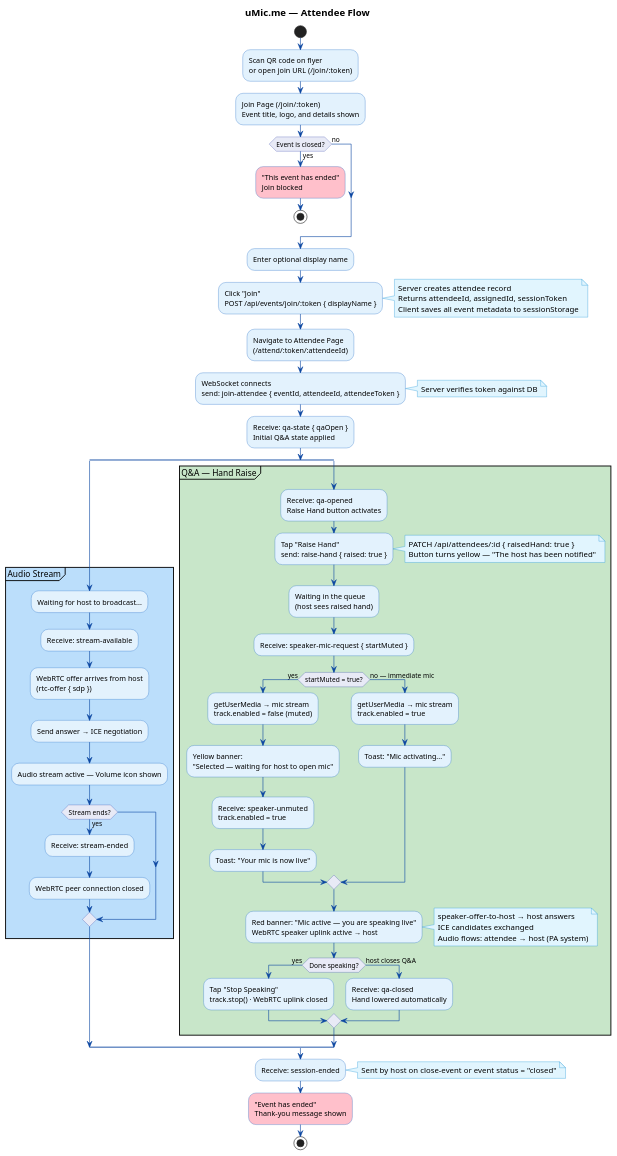
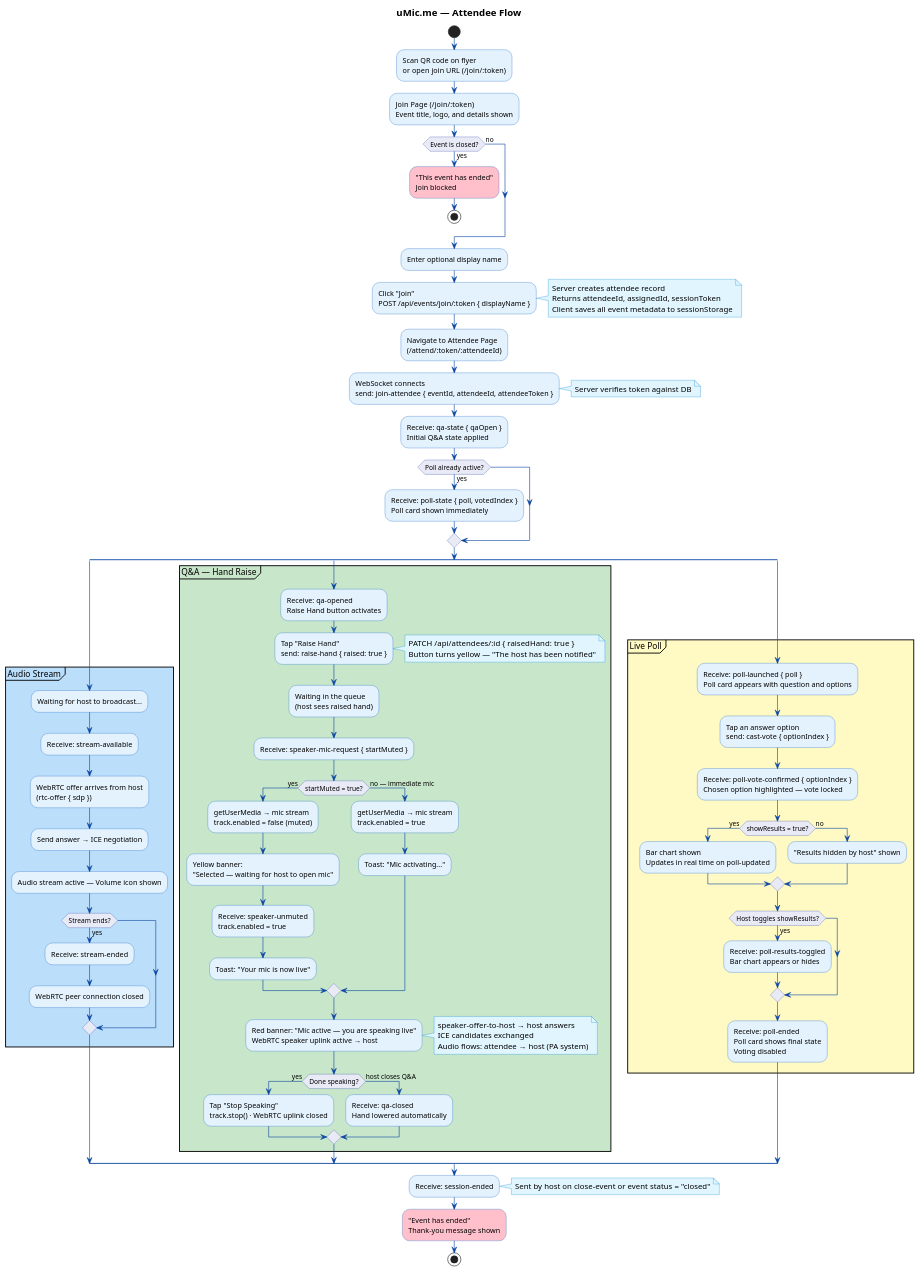
The diagram in doc/attendee-flow.puml (sasconsul/uMic_me), drawn with PlantUML before and after one commit. The commit also changed 7 other files, not shown here.

```diff
--- a/doc/attendee-flow.puml
+++ b/doc/attendee-flow.puml
@@ -1,104 +1,128 @@
 @startuml attendee-flow
 title uMic.me — Attendee Flow
 
 skinparam activity {
   BackgroundColor #E3F2FD
   BorderColor #1565C0
   DiamondBackgroundColor #E8EAF6
   DiamondBorderColor #3949AB
   ArrowColor #0D47A1
   FontName Helvetica
 }
 skinparam note {
   BackgroundColor #E1F5FE
   BorderColor #0288D1
 }
 skinparam TitleFontSize 16
 
 start
 
 :Scan QR code on flyer\nor open join URL  (/join/:token);
 
 :Join Page  (/join/:token)\nEvent title, logo, and details shown;
 
 if (Event is closed?) then (yes)
   #Pink:"This event has ended"\nJoin blocked;
   stop
 else (no)
 endif
 
 :Enter optional display name;
 
 :Click "Join"\nPOST /api/events/join/:token { displayName };
 note right
   Server creates attendee record
   Returns attendeeId, assignedId, sessionToken
   Client saves all event metadata to sessionStorage
 end note
 
 :Navigate to Attendee Page\n(/attend/:token/:attendeeId);
 
 :WebSocket connects\nsend: join-attendee { eventId, attendeeId, attendeeToken };
 note right: Server verifies token against DB
 
 :Receive: qa-state { qaOpen }\nInitial Q&A state applied;
+
+if (Poll already active?) then (yes)
+  :Receive: poll-state { poll, votedIndex }\nPoll card shown immediately;
+endif
 
 split
   partition "Audio Stream" #BBDEFB {
     :Waiting for host to broadcast...;
     :Receive: stream-available;
     :WebRTC offer arrives from host\n(rtc-offer { sdp });
     :Send answer → ICE negotiation;
     :Audio stream active — Volume icon shown;
 
     if (Stream ends?) then (yes)
       :Receive: stream-ended;
       :WebRTC peer connection closed;
     endif
   }
 split again
   partition "Q&A — Hand Raise" #C8E6C9 {
     :Receive: qa-opened\nRaise Hand button activates;
 
     :Tap "Raise Hand"\nsend: raise-hand { raised: true };
     note right
       PATCH /api/attendees/:id { raisedHand: true }
       Button turns yellow — "The host has been notified"
     end note
 
     :Waiting in the queue\n(host sees raised hand);
 
     :Receive: speaker-mic-request { startMuted };
 
     if (startMuted = true?) then (yes)
       :getUserMedia → mic stream\ntrack.enabled = false (muted);
       :Yellow banner:\n"Selected — waiting for host to open mic";
       :Receive: speaker-unmuted\ntrack.enabled = true;
       :Toast: "Your mic is now live";
     else (no — immediate mic)
       :getUserMedia → mic stream\ntrack.enabled = true;
       :Toast: "Mic activating...";
     endif
 
     :Red banner: "Mic active — you are speaking live"\nWebRTC speaker uplink active → host;
     note right
       speaker-offer-to-host → host answers
       ICE candidates exchanged
       Audio flows: attendee → host (PA system)
     end note
 
     if (Done speaking?) then (yes)
       :Tap "Stop Speaking"\ntrack.stop() · WebRTC uplink closed;
     else (host closes Q&A)
       :Receive: qa-closed\nHand lowered automatically;
     endif
   }
+split again
+  partition "Live Poll" #FFF9C4 {
+    :Receive: poll-launched { poll }\nPoll card appears with question and options;
+
+    :Tap an answer option\nsend: cast-vote { optionIndex };
+
+    :Receive: poll-vote-confirmed { optionIndex }\nChosen option highlighted — vote locked;
+
+    if (showResults = true?) then (yes)
+      :Bar chart shown\nUpdates in real time on poll-updated;
+    else (no)
+      :"Results hidden by host" shown;
+    endif
+
+    if (Host toggles showResults?) then (yes)
+      :Receive: poll-results-toggled\nBar chart appears or hides;
+    endif
+
+    :Receive: poll-ended\nPoll card shows final state\nVoting disabled;
+  }
 end split
 
 :Receive: session-ended;
 note right: Sent by host on close-event or event status = "closed"
 
 #Pink:"Event has ended"\nThank-you message shown;
 
 stop
 @enduml
```
